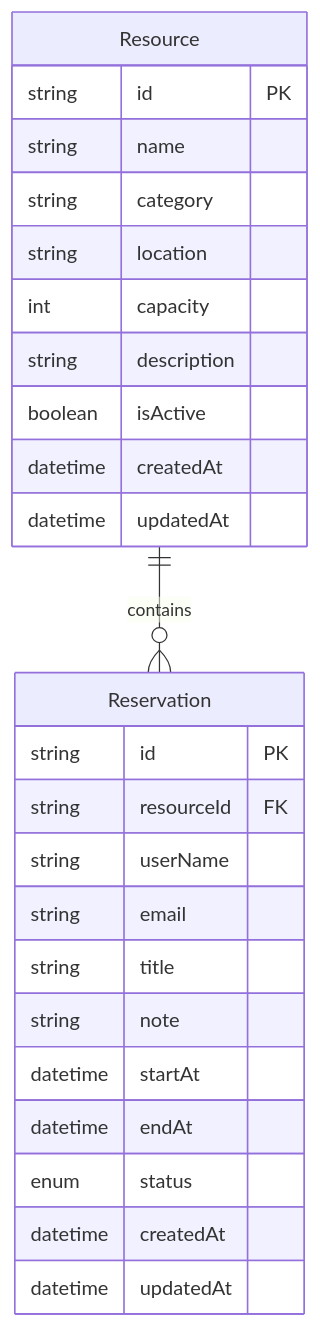
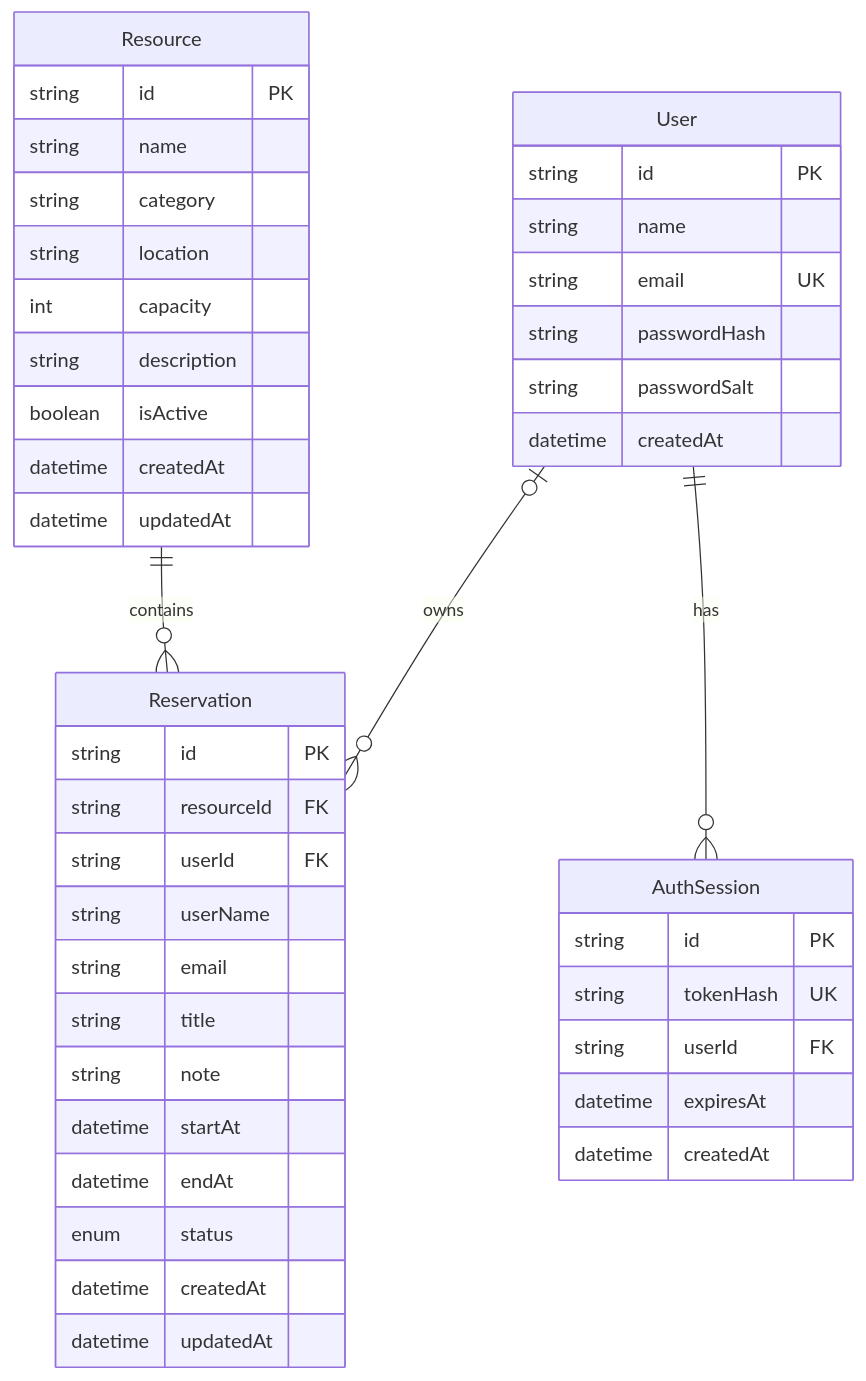
Before and after one commit to hassan25bd/Resource-Reservation-Management-System: the diagram in docs/er-diagram.md, drawn with Mermaid. The commit also changed other lines of this file and 3 other files, not shown here.

````diff
--- a/docs/er-diagram.md
+++ b/docs/er-diagram.md
@@ -3,30 +3,50 @@
 ```mermaid
 erDiagram
     Resource ||--o{ Reservation : contains
+    User o|--o{ Reservation : owns
+    User ||--o{ AuthSession : has
 
     Resource {
         string id PK
         string name
         string category
         string location
         int capacity
         string description
         boolean isActive
         datetime createdAt
         datetime updatedAt
     }
 
     Reservation {
         string id PK
         string resourceId FK
+        string userId FK
         string userName
         string email
         string title
         string note
         datetime startAt
         datetime endAt
         enum status
         datetime createdAt
         datetime updatedAt
     }
+
+    User {
+        string id PK
+        string name
+        string email UK
+        string passwordHash
+        string passwordSalt
+        datetime createdAt
+    }
+
+    AuthSession {
+        string id PK
+        string tokenHash UK
+        string userId FK
+        datetime expiresAt
+        datetime createdAt
+    }
 ```
````
